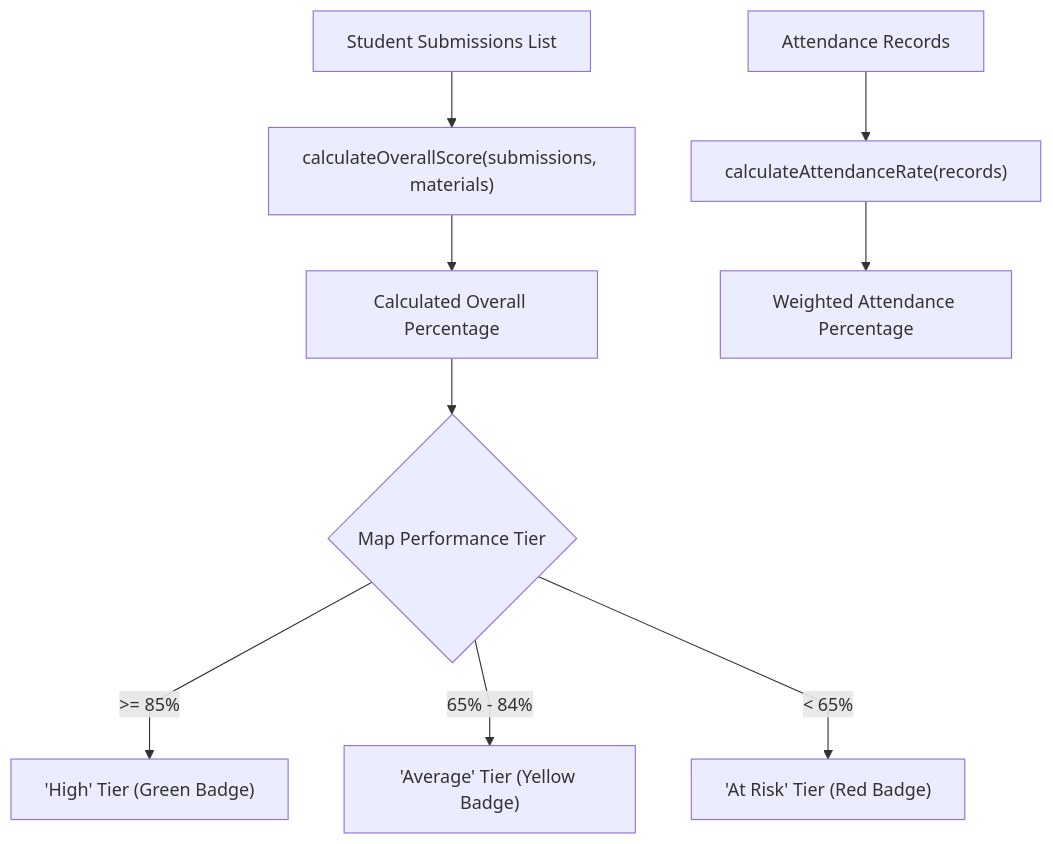
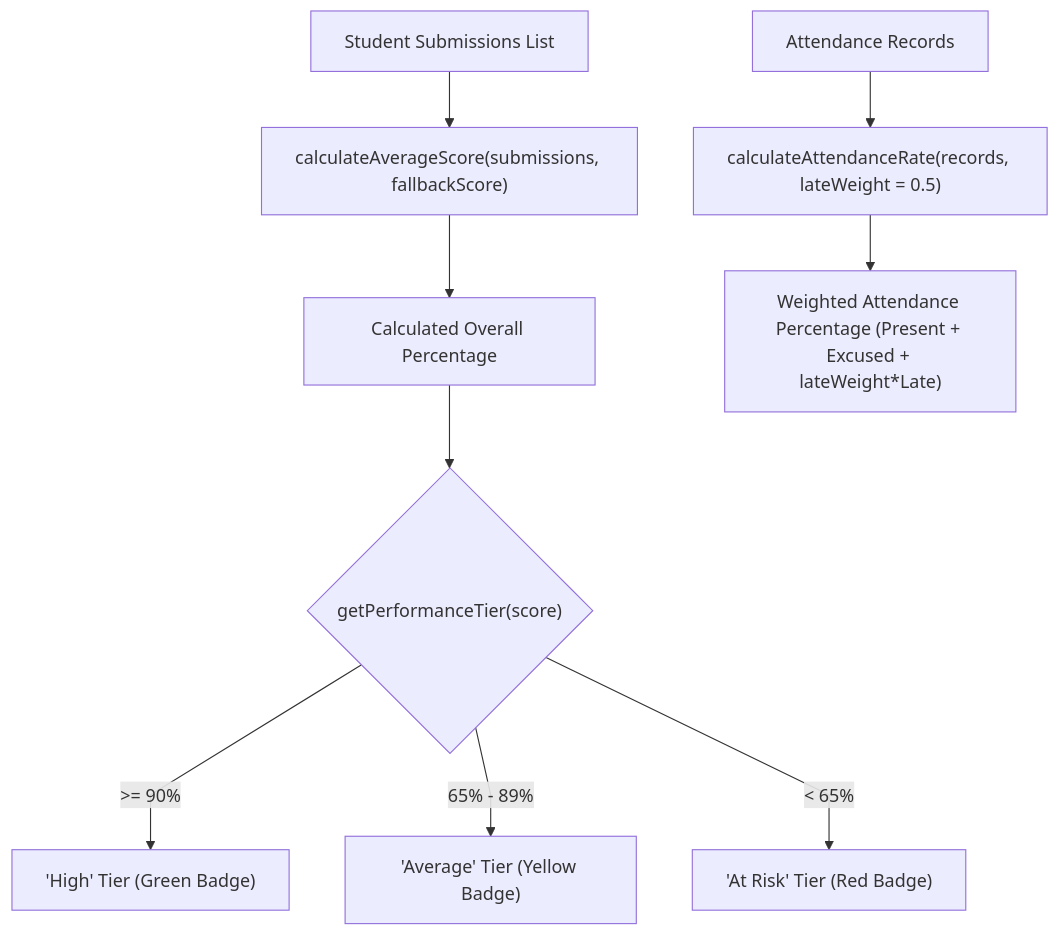
One commit to VictorBravo9er/Teacher-Assistant-Workspace changed the diagram in frontend/src/lib/code.md. Above: the diagram before and after it, drawn with Mermaid. The commit also changed other lines of this file and 43 other files, not shown here.

````diff
--- a/frontend/src/lib/code.md
+++ b/frontend/src/lib/code.md
@@ -21,14 +21,14 @@
 ```mermaid
 %%{init: {'flowchart': {'curve': 'linear'}}}%%
 flowchart TD
-    Submissions["Student Submissions List"] --> ScoreCalc["calculateOverallScore(submissions, materials)"]
+    Submissions["Student Submissions List"] --> ScoreCalc["calculateAverageScore(submissions, fallbackScore)"]
     ScoreCalc --> Percent["Calculated Overall Percentage"]
     
-    Percent --> TierMap{"Map Performance Tier"}
-    TierMap -- ">= 85%" --> High["'High' Tier (Green Badge)"]
-    TierMap -- "65% - 84%" --> Avg["'Average' Tier (Yellow Badge)"]
+    Percent --> TierMap{"getPerformanceTier(score)"}
+    TierMap -- ">= 90%" --> High["'High' Tier (Green Badge)"]
+    TierMap -- "65% - 89%" --> Avg["'Average' Tier (Yellow Badge)"]
     TierMap -- "< 65%" --> AtRisk["'At Risk' Tier (Red Badge)"]
     
-    AttendanceLogs["Attendance Records"] --> AttendanceCalc["calculateAttendanceRate(records)"]
-    AttendanceCalc --> AttPercent["Weighted Attendance Percentage"]
+    AttendanceLogs["Attendance Records"] --> AttendanceCalc["calculateAttendanceRate(records, lateWeight = 0.5)"]
+    AttendanceCalc --> AttPercent["Weighted Attendance Percentage (Present + Excused + lateWeight*Late)"]
 ```
````
